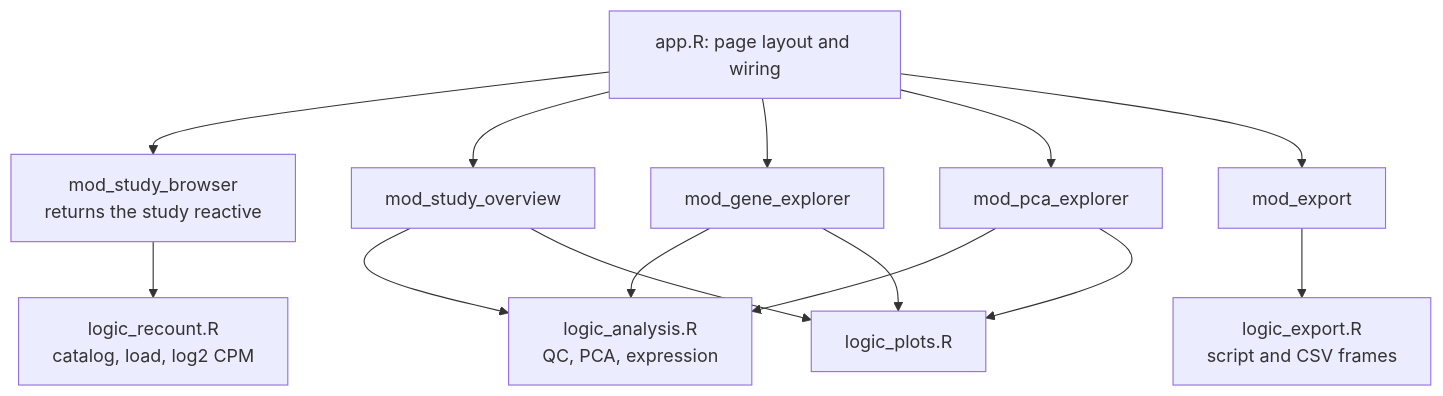
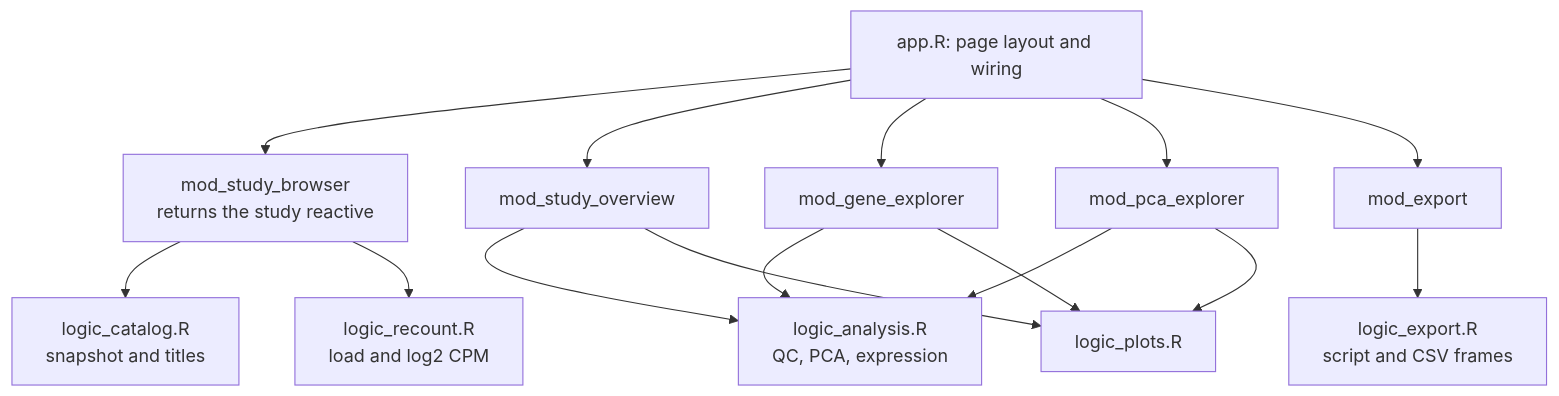
Before and after one commit to samuelbharti/recount-explorer: the fourth of 4 diagrams in docs/design.md, drawn with Mermaid. The commit also changed other lines of this file and 10 other files, not shown here.

First line of the commit message:
feat: build the study catalog snapshot

````diff
--- a/docs/design.md
+++ b/docs/design.md
@@ -133,17 +134,18 @@
 ```mermaid
 flowchart TD
     app["app.R: page layout and wiring"]
     app --> browser["mod_study_browser<br/>returns the study reactive"]
     app --> overview["mod_study_overview"]
     app --> gene["mod_gene_explorer"]
     app --> pca["mod_pca_explorer"]
     app --> export["mod_export"]
-    browser --> logic1["logic_recount.R<br/>catalog, load, log2 CPM"]
+    browser --> logic0["logic_catalog.R<br/>snapshot and titles"]
+    browser --> logic1["logic_recount.R<br/>load and log2 CPM"]
     overview --> logic2["logic_analysis.R<br/>QC, PCA, expression"]
     gene --> logic2
     pca --> logic2
     export --> logic3["logic_export.R<br/>script and CSV frames"]
     gene --> logic4["logic_plots.R"]
     pca --> logic4
     overview --> logic4
 ```
````
